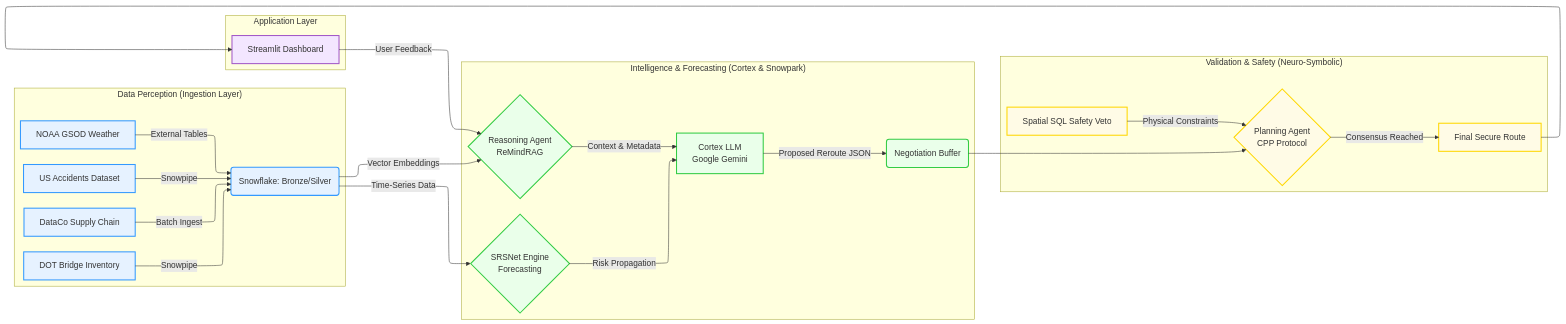
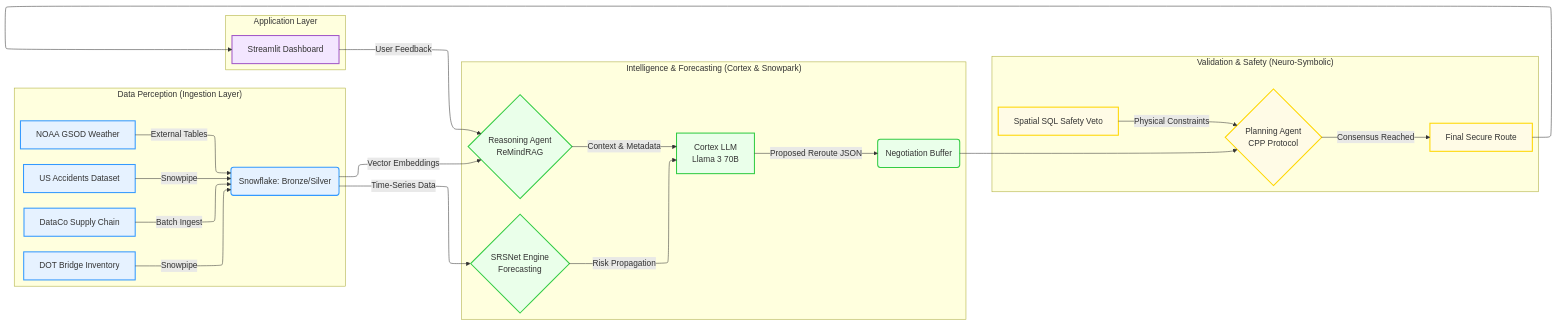
One commit to mosomo82/CS5542_SmartSC_Optimization_System changed the diagram in docs/Figures/hyperlogisticarchitecture.mmd. Above: the diagram before and after it, drawn with Mermaid. The commit also changed 22 other files, not shown here.

```diff
--- a/docs/Figures/hyperlogisticarchitecture.mmd
+++ b/docs/Figures/hyperlogisticarchitecture.mmd
@@ -1,47 +1,47 @@
 ---
 config:
   layout: elk
 ---
 
 flowchart LR
   subgraph subGraph0["Data Perception (Ingestion Layer)"]
     B("Snowflake: Bronze/Silver"):::ingest
     A1["NOAA GSOD Weather"]:::ingest
     A2["US Accidents Dataset"]:::ingest
     A3["DOT Bridge Inventory"]:::ingest
     A4["DataCo Supply Chain"]:::ingest
   end
   subgraph subGraph1["Intelligence & Forecasting (Cortex & Snowpark)"]
     FS{"SRSNet Engine \n Forecasting"}:::intell
     C{"Reasoning Agent \n ReMindRAG"}:::intell
-    D["Cortex LLM \n Google Gemini"]:::intell
+    D["Cortex LLM \n Llama 3 70B"]:::intell
     E("Negotiation Buffer"):::intell
   end
   subgraph subGraph2["Validation & Safety (Neuro-Symbolic)"]
     F{"Planning Agent \n CPP Protocol"}:::valid
     G["Spatial SQL Safety Veto"]:::valid
     H["Final Secure Route"]:::valid
   end
   subgraph subGraph3["Application Layer"]
     I["Streamlit Dashboard"]:::app
   end
 
     A1 -- External Tables --> B
     A2 -- Snowpipe --> B
     A3 -- Snowpipe --> B
     A4 -- Batch Ingest --> B
     B -- "Time-Series Data" --> FS
     B -- Vector Embeddings --> C
     C -- Context & Metadata --> D
     FS -- Risk Propagation --> D
     D -- Proposed Reroute JSON --> E
     E --> F
     G -- Physical Constraints --> F
     F -- Consensus Reached --> H
     H --> I
     I -- User Feedback --> C
 
 classDef ingest fill:#e6f2ff,stroke:#3399ff,stroke-width:2px;
 classDef intell fill:#eaffea,stroke:#33cc44,stroke-width:2px;
 classDef valid fill:#fffbe6,stroke:#ffd700,stroke-width:2px;
 classDef app fill:#f3e6ff,stroke:#a259c8,stroke-width:2px;
```
